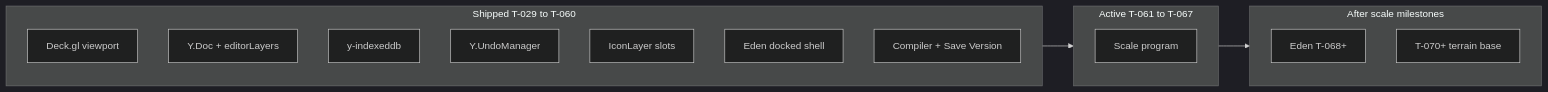
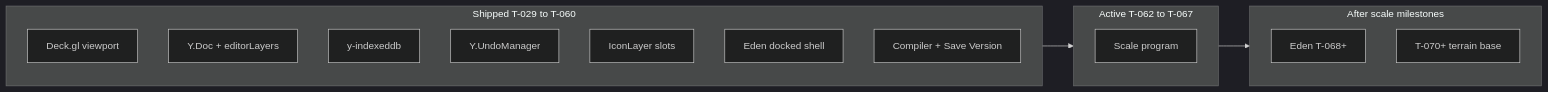
One commit to darkforce09/TBD_Website changed the first of 2 diagrams in Design_Docs/Mission_Creator_Architecture/agent_execution.md. Above: the diagram before and after it, drawn with Mermaid (dark theme). The commit also changed other lines of this file and 22 other files, not shown here.

````diff
--- a/Design_Docs/Mission_Creator_Architecture/agent_execution.md
+++ b/Design_Docs/Mission_Creator_Architecture/agent_execution.md
@@ -185,20 +185,20 @@
 ```mermaid
 flowchart LR
   subgraph shipped [Shipped T-029 to T-060]
     Deck["Deck.gl viewport"]
     YDoc["Y.Doc + editorLayers"]
     IDB["y-indexeddb"]
     Undo["Y.UndoManager"]
     Icons["IconLayer slots"]
     Shell["Eden docked shell"]
     Save["Compiler + Save Version"]
   end
-  subgraph active [Active T-061 to T-067]
+  subgraph active [Active T-062 to T-067]
     Scale["Scale program"]
   end
   subgraph later [After scale milestones]
     Eden["Eden T-068+"]
     Terrain["T-070+ terrain base"]
   end
   shipped --> active --> later
 ```
````
